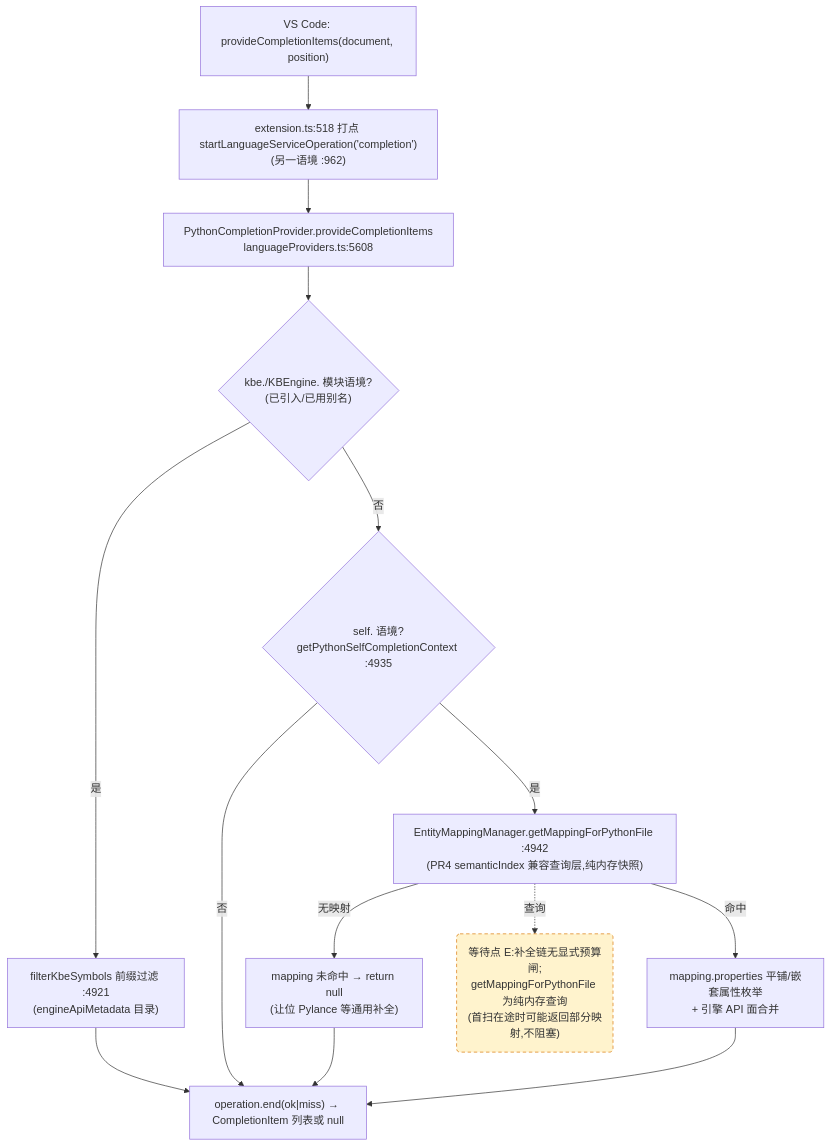
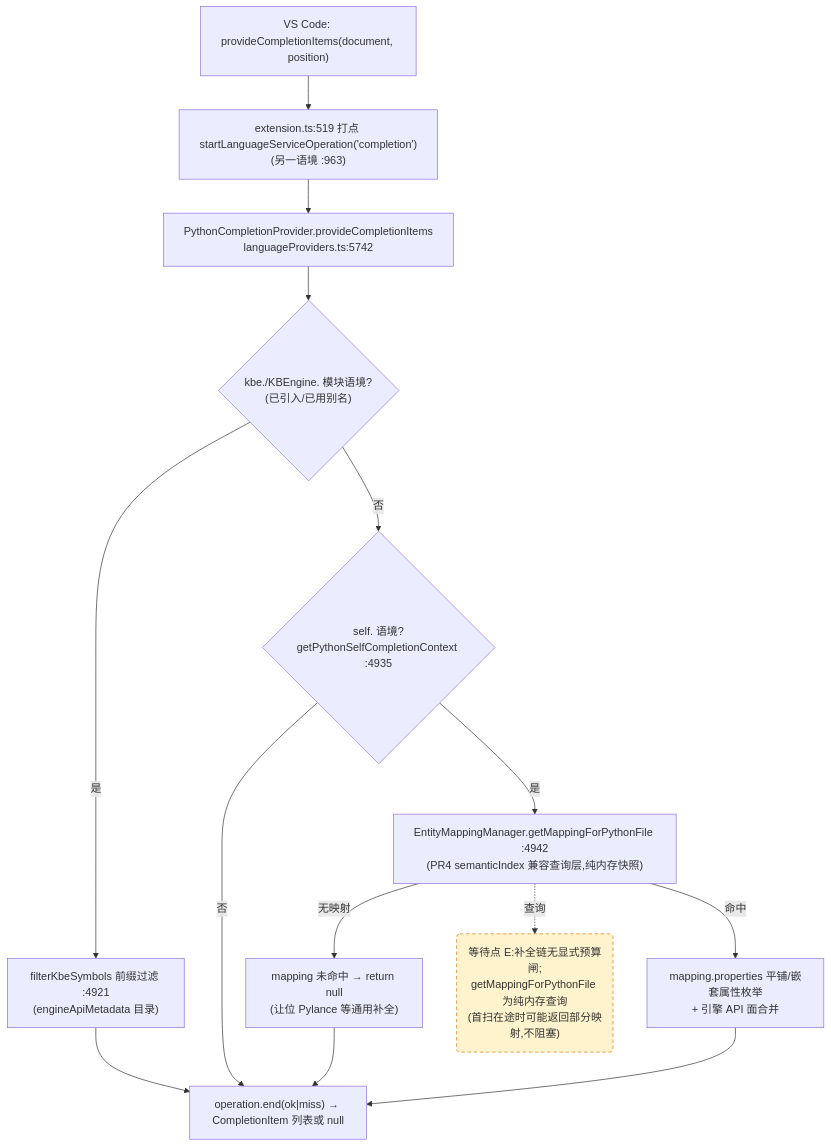
The third of 4 diagrams in docs/perf/2026-baseline.md (cuihairu/kode), drawn with Mermaid before and after one commit. The commit also changed other lines of this file and 8 other files, not shown here.

````diff
--- a/docs/perf/2026-baseline.md
+++ b/docs/perf/2026-baseline.md
@@ -184,27 +184,27 @@
 ```mermaid
 flowchart TD
   VC3["VS Code: provideCompletionItems(document, position)"]
-  M3["extension.ts:518 打点 startLanguageServiceOperation('completion')<br/>(另一语境 :962)"]
-  CP["PythonCompletionProvider.provideCompletionItems<br/>languageProviders.ts:5608"]
+  M3["extension.ts:519 打点 startLanguageServiceOperation('completion')<br/>(另一语境 :963)"]
+  CP["PythonCompletionProvider.provideCompletionItems<br/>languageProviders.ts:5742"]
   KBEC{"kbe./KBEngine. 模块语境?<br/>(已引入/已用别名)"}
   FILTER["filterKbeSymbols 前缀过滤 :4921<br/>(engineApiMetadata 目录)"]
   SELFC{"self. 语境?<br/>getPythonSelfCompletionContext :4935"}
   MAP["EntityMappingManager.getMappingForPythonFile :4942<br/>(PR4 semanticIndex 兼容查询层,纯内存快照)"]
   NOMAP["mapping 未命中 → return null<br/>(让位 Pylance 等通用补全)"]
   PROPS["mapping.properties 平铺/嵌套属性枚举<br/>+ 引擎 API 面合并"]
   END3["operation.end(ok|miss) → CompletionItem 列表或 null"]
 
   VC3 --> M3 --> CP --> KBEC
   KBEC -- "是" --> FILTER --> END3
   KBEC -- "否" --> SELFC
   SELFC -- "否" --> END3
   SELFC -- "是" --> MAP
   MAP -- "无映射" --> NOMAP --> END3
   MAP -- "命中" --> PROPS --> END3
 
   WAITE("等待点 E:补全链无显式预算闸;<br/>getMappingForPythonFile 为纯内存查询<br/>(首扫在途时可能返回部分映射,不阻塞)")
   MAP -.->|查询| WAITE
 
   classDef waitPoint fill:#fff3cd,stroke:#d97706,stroke-dasharray:5 4;
   class WAITE waitPoint;
 ```
````
